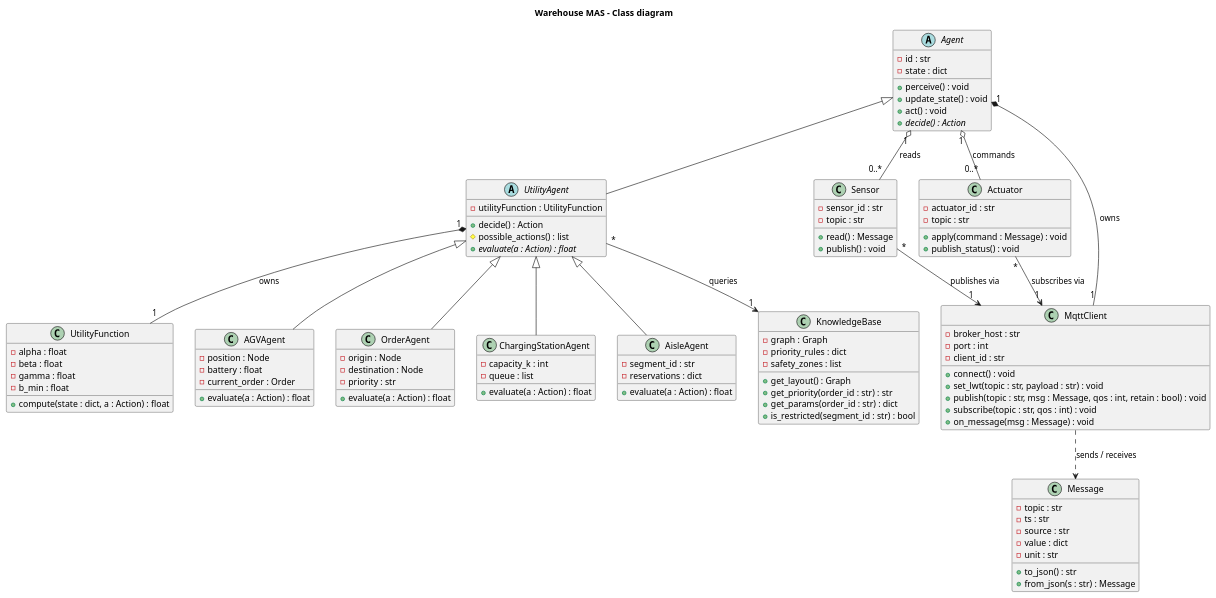
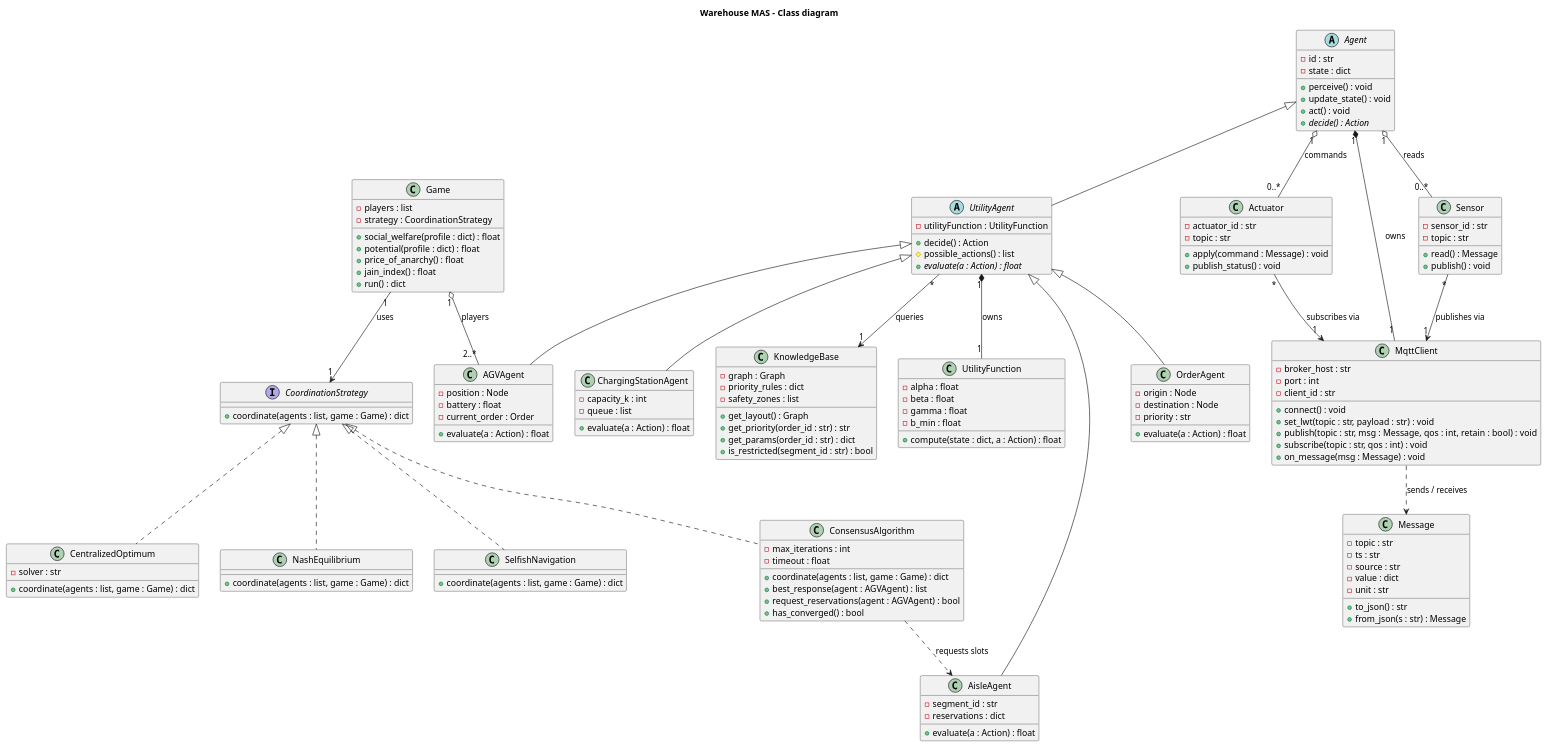
The diagram in design/class_diagram.puml (sorayamellaj/warehouse-sma), drawn with PlantUML before and after one commit. The commit also changed 2 other files, not shown here.

Commit message:
Add class diagram images

```diff
--- a/design/class_diagram.puml
+++ b/design/class_diagram.puml
@@ -1,113 +1,158 @@
 @startuml
 title Warehouse MAS - Class diagram
 
 abstract class Agent {
   - id : str
   - state : dict
   + perceive() : void
   + update_state() : void
   + act() : void
   + {abstract} decide() : Action
 }
 
 abstract class UtilityAgent {
   - utilityFunction : UtilityFunction
   + decide() : Action
   # possible_actions() : list
   + {abstract} evaluate(a : Action) : float
 }
 
 class UtilityFunction {
   - alpha : float
   - beta : float
   - gamma : float
   - b_min : float
   + compute(state : dict, a : Action) : float
 }
 
 class AGVAgent {
   - position : Node
   - battery : float
   - current_order : Order
   + evaluate(a : Action) : float
 }
 
 class OrderAgent {
   - origin : Node
   - destination : Node
   - priority : str
   + evaluate(a : Action) : float
 }
 
 class ChargingStationAgent {
   - capacity_k : int
   - queue : list
   + evaluate(a : Action) : float
 }
 
 class AisleAgent {
   - segment_id : str
   - reservations : dict
   + evaluate(a : Action) : float
 }
 
 class KnowledgeBase {
   - graph : Graph
   - priority_rules : dict
   - safety_zones : list
   + get_layout() : Graph
   + get_priority(order_id : str) : str
   + get_params(order_id : str) : dict
   + is_restricted(segment_id : str) : bool
 }
 
 class Sensor {
   - sensor_id : str
   - topic : str
   + read() : Message
   + publish() : void
 }
 
 class Actuator {
   - actuator_id : str
   - topic : str
   + apply(command : Message) : void
   + publish_status() : void
 }
 
 class MqttClient {
   - broker_host : str
   - port : int
   - client_id : str
   + connect() : void
   + set_lwt(topic : str, payload : str) : void
   + publish(topic : str, msg : Message, qos : int, retain : bool) : void
   + subscribe(topic : str, qos : int) : void
   + on_message(msg : Message) : void
 }
 
 class Message {
   - topic : str
   - ts : str
   - source : str
   - value : dict
   - unit : str
   + to_json() : str
   + from_json(s : str) : Message
 }
 
 Agent <|-- UtilityAgent
 UtilityAgent <|-- AGVAgent
 UtilityAgent <|-- OrderAgent
 UtilityAgent <|-- ChargingStationAgent
 UtilityAgent <|-- AisleAgent
 
 UtilityAgent "1" *-- "1" UtilityFunction : owns
 Agent "1" *-- "1" MqttClient : owns
 Agent "1" o-- "0..*" Sensor : reads
 Agent "1" o-- "0..*" Actuator : commands
 UtilityAgent "*" --> "1" KnowledgeBase : queries
 Sensor "*" --> "1" MqttClient : publishes via
 Actuator "*" --> "1" MqttClient : subscribes via
 MqttClient ..> Message : sends / receives
+
+interface CoordinationStrategy {
+  + coordinate(agents : list, game : Game) : dict
+}
+
+class SelfishNavigation {
+  + coordinate(agents : list, game : Game) : dict
+}
+
+class NashEquilibrium {
+  + coordinate(agents : list, game : Game) : dict
+}
+
+class ConsensusAlgorithm {
+  - max_iterations : int
+  - timeout : float
+  + coordinate(agents : list, game : Game) : dict
+  + best_response(agent : AGVAgent) : list
+  + request_reservations(agent : AGVAgent) : bool
+  + has_converged() : bool
+}
+
+class CentralizedOptimum {
+  - solver : str
+  + coordinate(agents : list, game : Game) : dict
+}
+
+class Game {
+  - players : list
+  - strategy : CoordinationStrategy
+  + social_welfare(profile : dict) : float
+  + potential(profile : dict) : float
+  + price_of_anarchy() : float
+  + jain_index() : float
+  + run() : dict
+}
+
+CoordinationStrategy <|.. SelfishNavigation
+CoordinationStrategy <|.. NashEquilibrium
+CoordinationStrategy <|.. ConsensusAlgorithm
+CoordinationStrategy <|.. CentralizedOptimum
+
+Game "1" o-- "2..*" AGVAgent : players
+Game "1" --> "1" CoordinationStrategy : uses
+ConsensusAlgorithm ..> AisleAgent : requests slots
 @enduml
```
